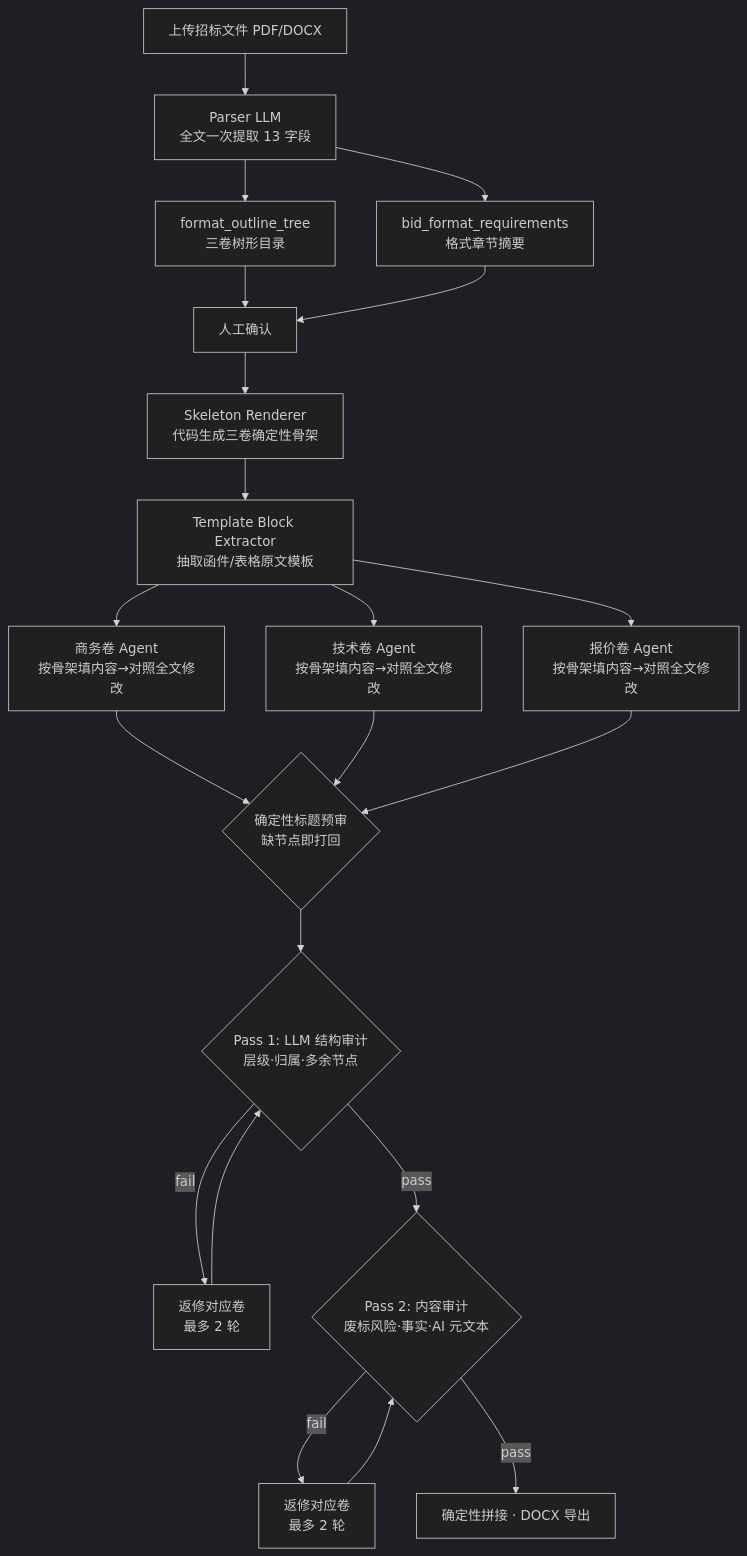
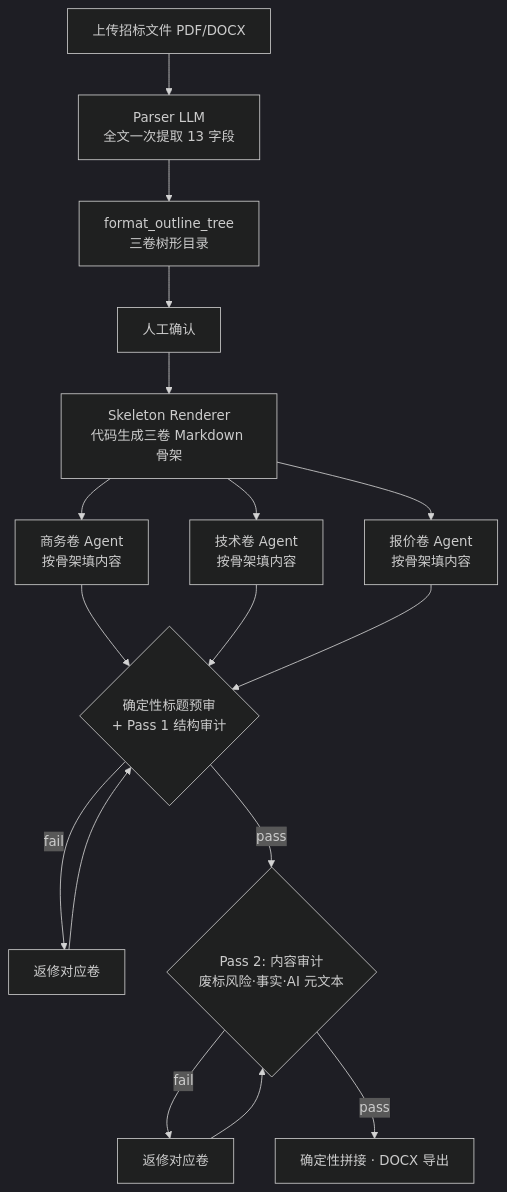
Before and after one commit to fakelilway/TenderDoc-Generator: the diagram in README.md, drawn with Mermaid (dark theme). The commit also changed other lines of this file, not shown here.

Commit message:
docs: clean up README — V2 roadmap replaces old M1-M10, consistent with minitasks and handoff

````diff
--- a/README.md
+++ b/README.md
@@ -76,27 +76,19 @@
 ```mermaid
 flowchart TD
     U[上传招标文件 PDF/DOCX] --> P[Parser LLM<br/>全文一次提取 13 字段]
     P --> T[format_outline_tree<br/>三卷树形目录]
-    P --> F[bid_format_requirements<br/>格式章节摘要]
     T --> H[人工确认]
-    F --> H
-    H --> S[Skeleton Renderer<br/>代码生成三卷确定性骨架]
-    S --> X[Template Block Extractor<br/>抽取函件/表格原文模板]
-
-    X --> CA[商务卷 Agent<br/>按骨架填内容→对照全文修改]
-    X --> TA[技术卷 Agent<br/>按骨架填内容→对照全文修改]
-    X --> PA[报价卷 Agent<br/>按骨架填内容→对照全文修改]
-
-    CA --> A0{确定性标题预审<br/>缺节点即打回}
-    TA --> A0
-    PA --> A0
-    A0 --> A1{Pass 1: LLM 结构审计<br/>层级·归属·多余节点}
-
-    A1 -->|fail| RV[返修对应卷<br/>最多 2 轮]
+    H --> S[Skeleton Renderer<br/>代码生成三卷 Markdown 骨架]
+    S --> CA[商务卷 Agent<br/>按骨架填内容]
+    S --> TA[技术卷 Agent<br/>按骨架填内容]
+    S --> PA[报价卷 Agent<br/>按骨架填内容]
+    CA --> A1{确定性标题预审<br/>+ Pass 1 结构审计}
+    TA --> A1
+    PA --> A1
+    A1 -->|fail| RV[返修对应卷]
     RV --> A1
     A1 -->|pass| A2{Pass 2: 内容审计<br/>废标风险·事实·AI 元文本}
-
-    A2 -->|fail| RV2[返修对应卷<br/>最多 2 轮]
+    A2 -->|fail| RV2[返修对应卷]
     RV2 --> A2
     A2 -->|pass| E[确定性拼接 · DOCX 导出]
 ```
````
